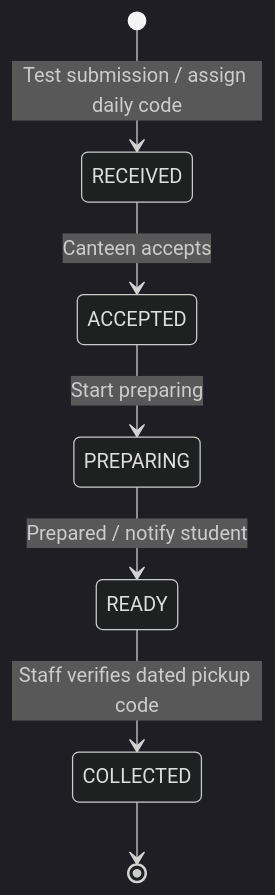
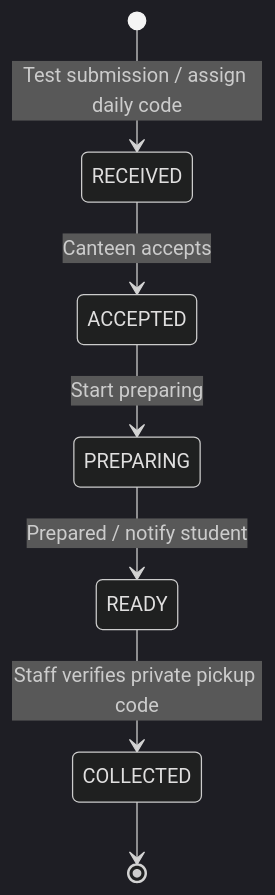
One commit to tanu15-png/Build_BV changed the diagram in README.md. Above: the diagram before and after it, drawn with Mermaid (dark theme). The commit also changed other lines of this file and 99 other files, not shown here.

````diff
--- a/README.md
+++ b/README.md
@@ -68,9 +86,9 @@
 ```mermaid
 stateDiagram-v2
     [*] --> RECEIVED: Test submission / assign daily code
     RECEIVED --> ACCEPTED: Canteen accepts
     ACCEPTED --> PREPARING: Start preparing
     PREPARING --> READY: Prepared / notify student
-    READY --> COLLECTED: Staff verifies dated pickup code
+    READY --> COLLECTED: Staff verifies private pickup code
     COLLECTED --> [*]
 ```
````
